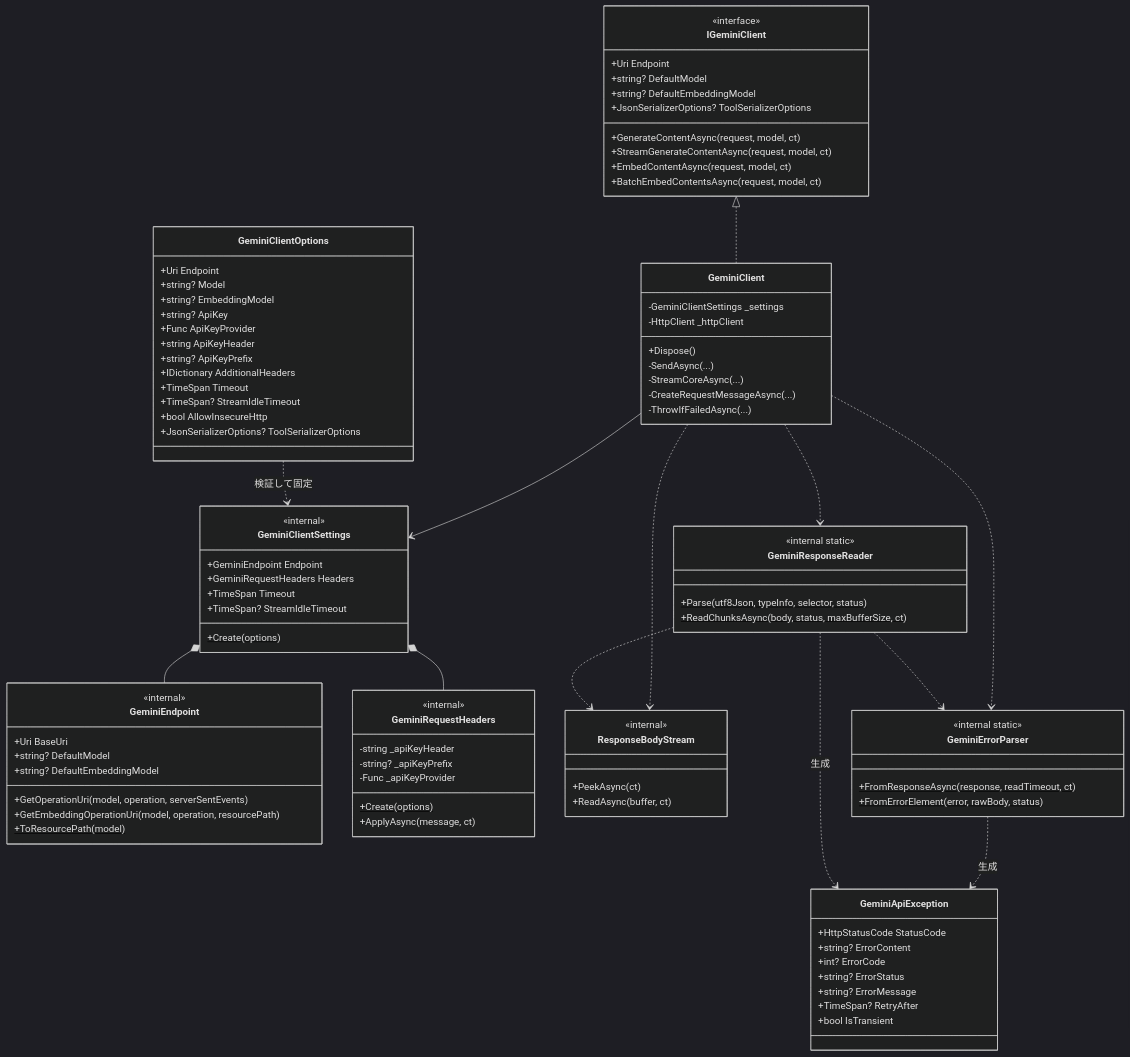
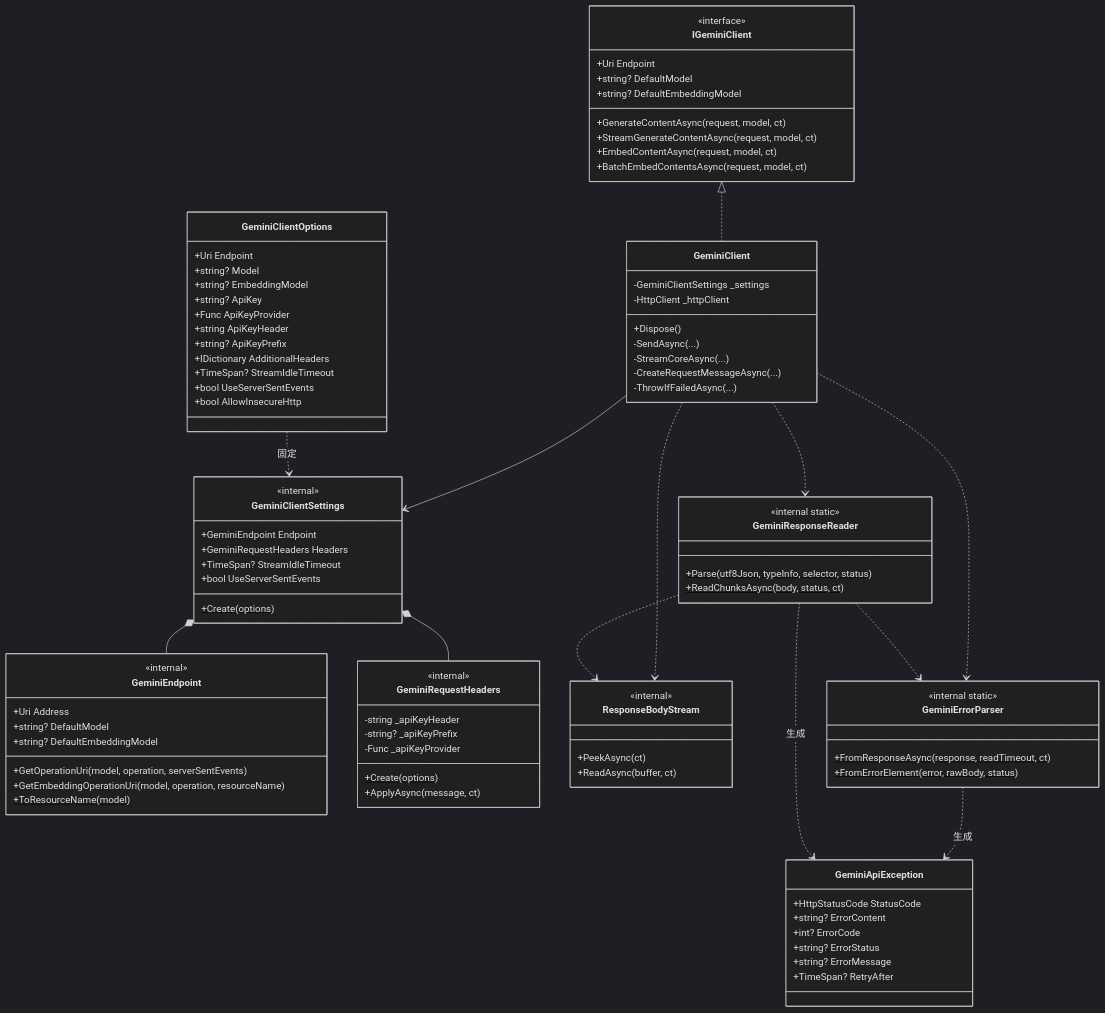
One commit to Osg-Junue/GeminiGatewayClient changed the third of 15 diagrams in docs/ARCHITECTURE.md. Above: the diagram before and after it, drawn with Mermaid (dark theme). The commit also changed other lines of this file and 73 other files, not shown here.

```diff
--- a/docs/ARCHITECTURE.md
+++ b/docs/ARCHITECTURE.md
@@ -88,7 +88,6 @@
         +Uri Endpoint
         +string? DefaultModel
         +string? DefaultEmbeddingModel
-        +JsonSerializerOptions? ToolSerializerOptions
         +GenerateContentAsync(request, model, ct)
         +StreamGenerateContentAsync(request, model, ct)
         +EmbedContentAsync(request, model, ct)
@@ -114,29 +113,28 @@
         +string ApiKeyHeader
         +string? ApiKeyPrefix
         +IDictionary AdditionalHeaders
-        +TimeSpan Timeout
         +TimeSpan? StreamIdleTimeout
+        +bool UseServerSentEvents
         +bool AllowInsecureHttp
-        +JsonSerializerOptions? ToolSerializerOptions
     }
 
     class GeminiClientSettings {
         <<internal>>
         +GeminiEndpoint Endpoint
         +GeminiRequestHeaders Headers
-        +TimeSpan Timeout
         +TimeSpan? StreamIdleTimeout
+        +bool UseServerSentEvents
         +Create(options)$
     }
 
     class GeminiEndpoint {
         <<internal>>
-        +Uri BaseUri
+        +Uri Address
         +string? DefaultModel
         +string? DefaultEmbeddingModel
         +GetOperationUri(model, operation, serverSentEvents)
-        +GetEmbeddingOperationUri(model, operation, resourcePath)
-        +ToResourcePath(model)$
+        +GetEmbeddingOperationUri(model, operation, resourceName)
+        +ToResourceName(model)$
     }
 
     class GeminiRequestHeaders {
@@ -151,7 +149,7 @@
     class GeminiResponseReader {
         <<internal static>>
         +Parse(utf8Json, typeInfo, selector, status)$
-        +ReadChunksAsync(body, status, maxBufferSize, ct)$
+        +ReadChunksAsync(body, status, ct)$
     }
 
     class ResponseBodyStream {
@@ -173,12 +171,11 @@
         +string? ErrorStatus
         +string? ErrorMessage
         +TimeSpan? RetryAfter
-        +bool IsTransient
     }
 
     IGeminiClient <|.. GeminiClient
     GeminiClient --> GeminiClientSettings
-    GeminiClientOptions ..> GeminiClientSettings : 検証して固定
+    GeminiClientOptions ..> GeminiClientSettings : 固定
     GeminiClientSettings *-- GeminiEndpoint
     GeminiClientSettings *-- GeminiRequestHeaders
     GeminiClient ..> GeminiResponseReader
```
